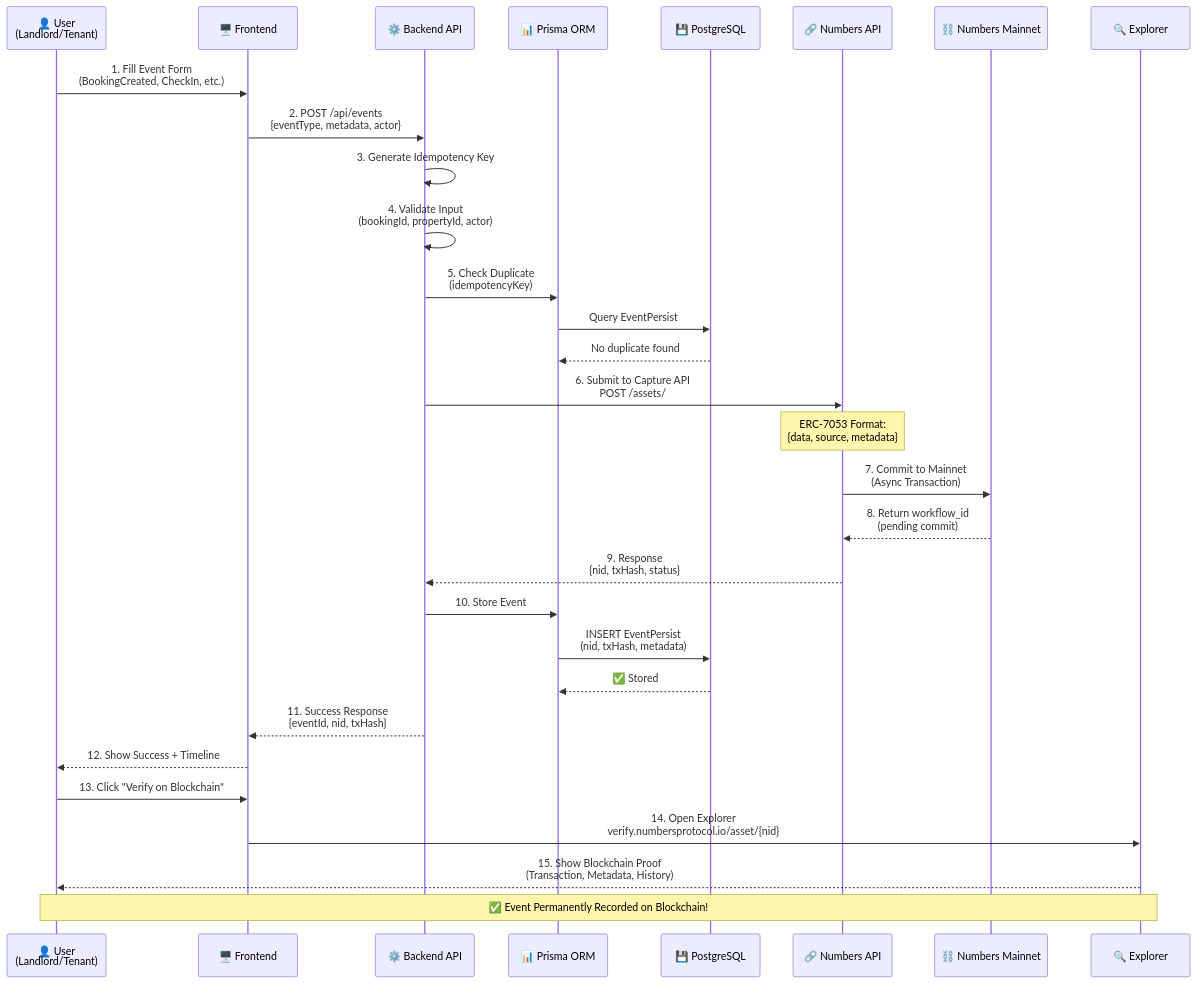
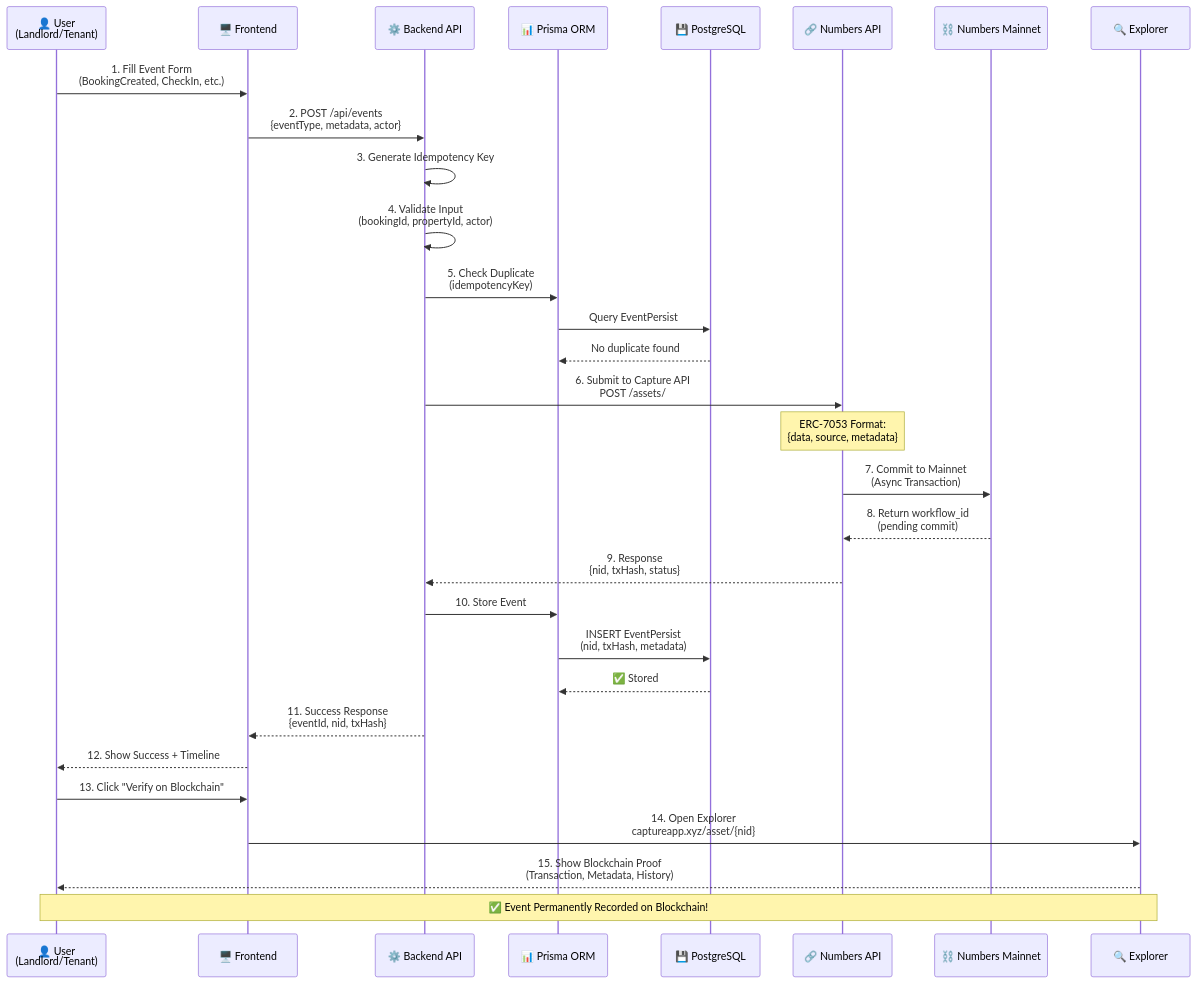
Before and after one commit to Modolo-oss/Proofsy-v2: the second of 2 diagrams in README.md, drawn with Mermaid. The commit also changed other lines of this file, not shown here.

Commit message:
Fix Numbers Protocol URLs to correct captureapp.xyz domain

````diff
--- a/README.md
+++ b/README.md
@@ -88,41 +88,41 @@
 ```mermaid
 sequenceDiagram
     participant User as 👤 User<br/>(Landlord/Tenant)
     participant Frontend as 🖥️ Frontend
     participant Backend as ⚙️ Backend API
     participant Prisma as 📊 Prisma ORM
     participant DB as 💾 PostgreSQL
     participant Numbers as 🔗 Numbers API
     participant Blockchain as ⛓️ Numbers Mainnet
     participant Explorer as 🔍 Explorer
 
     User->>Frontend: 1. Fill Event Form<br/>(BookingCreated, CheckIn, etc.)
     Frontend->>Backend: 2. POST /api/events<br/>{eventType, metadata, actor}
     
     Backend->>Backend: 3. Generate Idempotency Key
     Backend->>Backend: 4. Validate Input<br/>(bookingId, propertyId, actor)
     
     Backend->>Prisma: 5. Check Duplicate<br/>(idempotencyKey)
     Prisma->>DB: Query EventPersist
     DB-->>Prisma: No duplicate found
     
     Backend->>Numbers: 6. Submit to Capture API<br/>POST /assets/
     Note over Numbers: ERC-7053 Format:<br/>{data, source, metadata}
     
     Numbers->>Blockchain: 7. Commit to Mainnet<br/>(Async Transaction)
     Blockchain-->>Numbers: 8. Return workflow_id<br/>(pending commit)
     Numbers-->>Backend: 9. Response<br/>{nid, txHash, status}
     
     Backend->>Prisma: 10. Store Event
     Prisma->>DB: INSERT EventPersist<br/>(nid, txHash, metadata)
     DB-->>Prisma: ✅ Stored
     
     Backend-->>Frontend: 11. Success Response<br/>{eventId, nid, txHash}
     Frontend-->>User: 12. Show Success + Timeline
     
     User->>Frontend: 13. Click "Verify on Blockchain"
-    Frontend->>Explorer: 14. Open Explorer<br/>verify.numbersprotocol.io/asset/{nid}
+    Frontend->>Explorer: 14. Open Explorer<br/>captureapp.xyz/asset/{nid}
     Explorer-->>User: 15. Show Blockchain Proof<br/>(Transaction, Metadata, History)
     
     Note over User,Explorer: ✅ Event Permanently Recorded on Blockchain!
 ```
````
